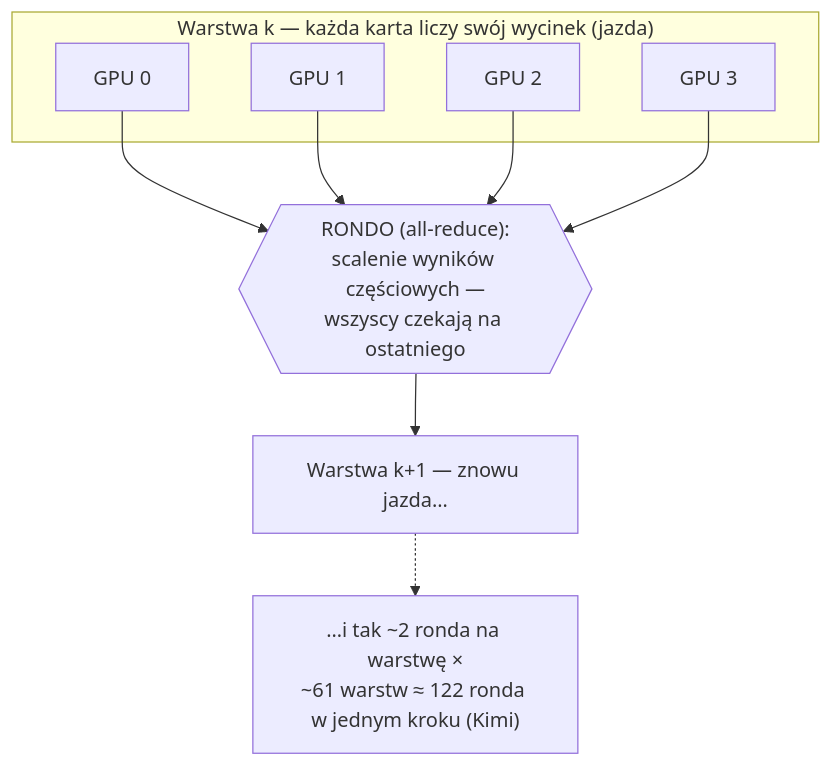
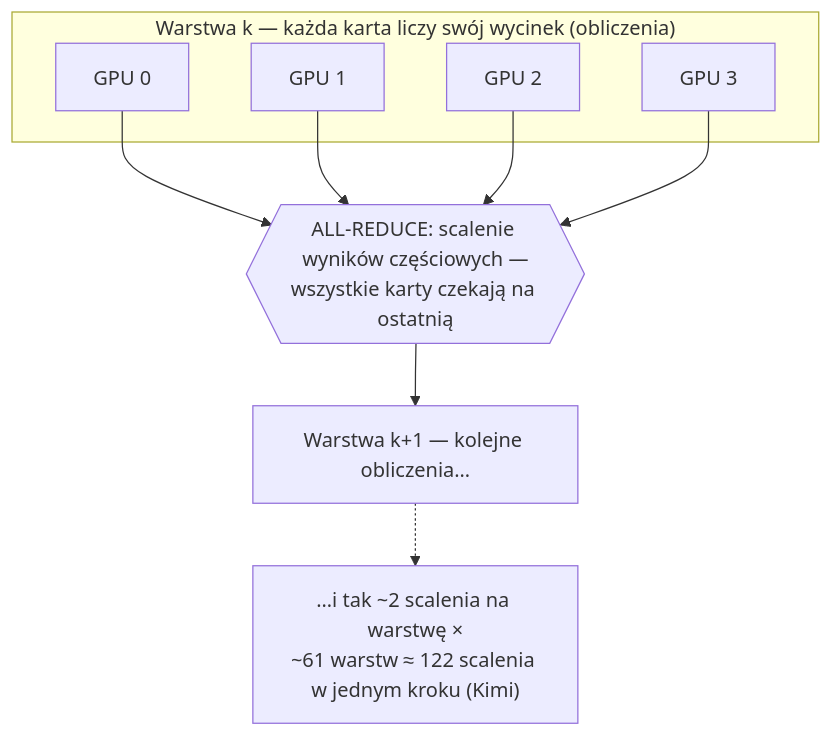
The fourth of 6 diagrams in docs/writeups/w1/nvlink-4way-notatka-decyzyjna.md (Czyszka/nanoserve-mini), drawn with Mermaid before and after one commit. The commit also changed other lines of this file, not shown here.

First line of the commit message:
docs: notatka NVLink — sekcja 4 bez analogii (scalenia, składniki czasu kroku, ślady pomiarowe)

````diff
--- a/docs/writeups/w1/nvlink-4way-notatka-decyzyjna.md
+++ b/docs/writeups/w1/nvlink-4way-notatka-decyzyjna.md
@@ -344,15 +343,15 @@
 ```mermaid
 flowchart TD
-    subgraph W1["Warstwa k — każda karta liczy swój wycinek (jazda)"]
+    subgraph W1["Warstwa k — każda karta liczy swój wycinek (obliczenia)"]
         G0["GPU 0"]
         G1["GPU 1"]
         G2["GPU 2"]
         G3["GPU 3"]
     end
-    G0 --> AR{{"RONDO (all-reduce):<br/>scalenie wyników częściowych —<br/>wszyscy czekają na ostatniego"}}
+    G0 --> AR{{"ALL-REDUCE: scalenie wyników częściowych —<br/>wszystkie karty czekają na ostatnią"}}
     G1 --> AR
     G2 --> AR
     G3 --> AR
-    AR --> W2["Warstwa k+1 — znowu jazda…"]
-    W2 -.-> N["…i tak ~2 ronda na warstwę ×<br/>~61 warstw ≈ 122 ronda w jednym kroku (Kimi)"]
+    AR --> W2["Warstwa k+1 — kolejne obliczenia…"]
+    W2 -.-> N["…i tak ~2 scalenia na warstwę ×<br/>~61 warstw ≈ 122 scalenia w jednym kroku (Kimi)"]
 ```
````
